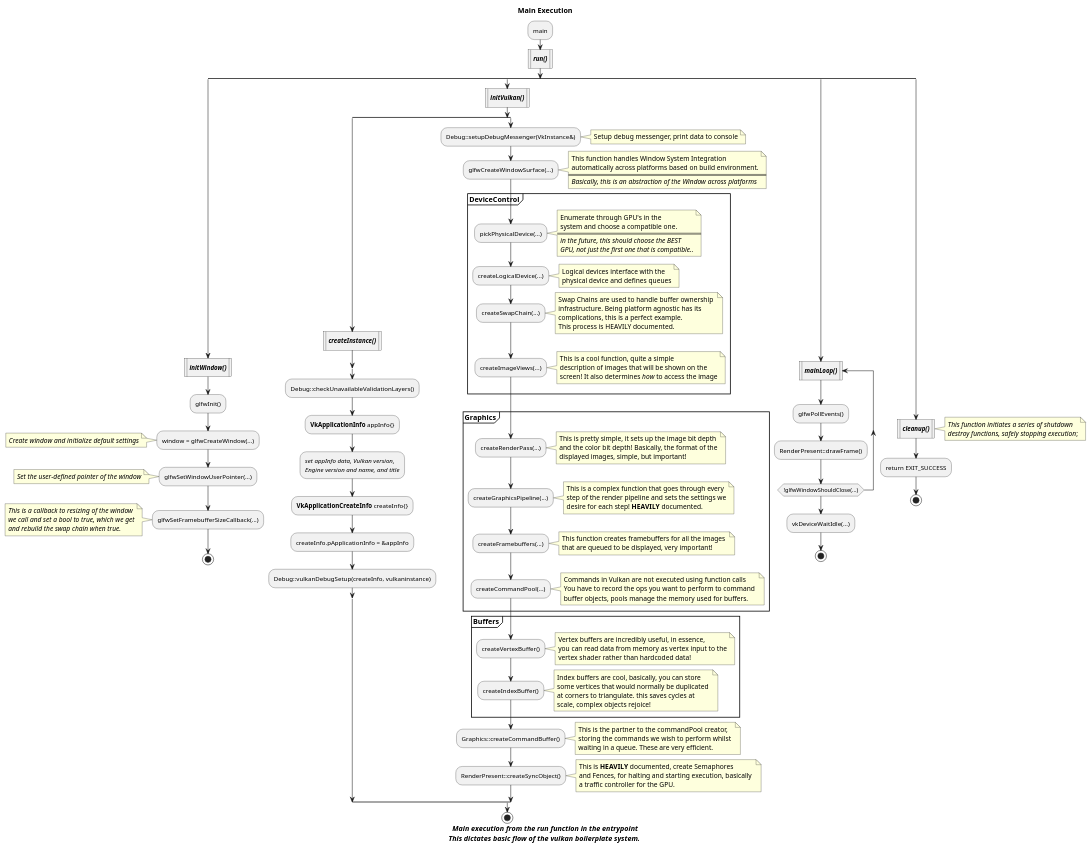
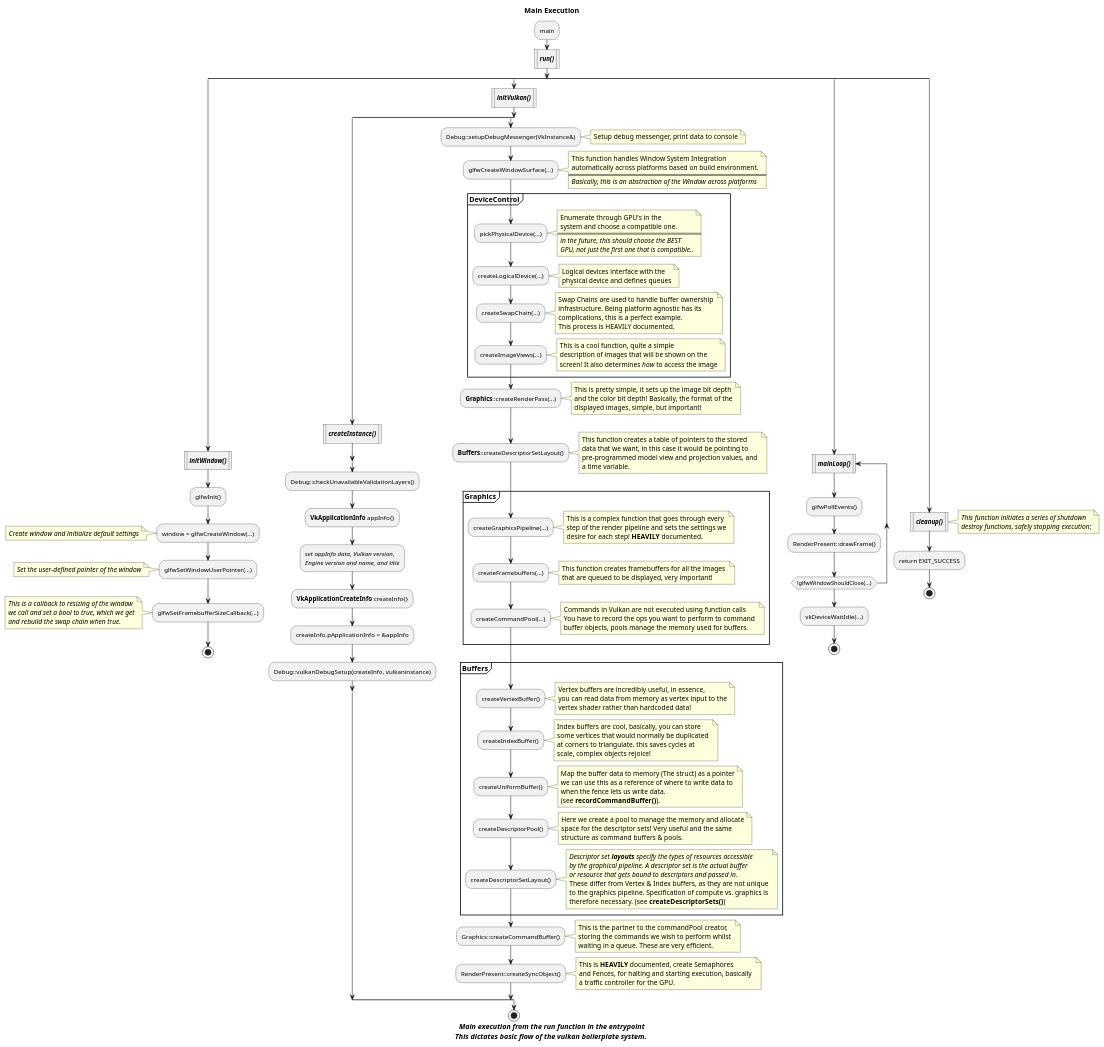
One commit to LillianSalehi/AgnosiaEngine changed the diagram in Flowgraph.puml. Above: the diagram before and after it, drawn with PlantUML. The commit also changed 7 other files, not shown here.

Commit message:
Update documentation and clean code for Uniform Buffers, added time variable to descriptor set, preparing for Texture mapping.

```diff
--- a/Flowgraph.puml
+++ b/Flowgraph.puml
@@ -1,151 +1,180 @@
 @startuml
 title Main Execution
 caption 
   //**Main execution from the run function in the entrypoint**//
   //**This dictates basic flow of the vulkan boilerplate system. **//
 endcaption
 
 :main;
 ://**run()**//; <<procedure>>
 split
 ://**initWindow()**//; <<procedure>>
 :glfwInit();
 :window = glfwCreateWindow(...);
 note left
   //Create window and initialize default settings//
 endnote
 :glfwSetWindowUserPointer(...);
 note left 
   //Set the user-defined pointer of the window//
 endnote
 :glfwSetFramebufferSizeCallback(...);
 note left 
   //This is a callback to resizing of the window//
   //we call and set a bool to true, which we get//
   //and rebuild the swap chain when true.//
 endnote
 stop
 split again
 ://**initVulkan()**//; <<procedure>>
 split
 ://**createInstance()**//; <<procedure>>
 split
 :Debug::checkUnavailableValidationLayers();
 :**VkApplicationInfo** appInfo{};
 ://set appInfo data, Vulkan version,// 
 //Engine version and name, and title//;
 :**VkApplicationCreateInfo** createInfo{};
 :createInfo.pApplicationInfo = &appInfo;
 :Debug::vulkanDebugSetup(createInfo, vulkaninstance);
 end split
 split again
 :Debug::setupDebugMessenger(VkInstance&);
 note right: Setup debug messenger, print data to console
 :glfwCreateWindowSurface(...);
 note right
   This function handles Window System Integration 
   automatically across platforms based on build environment.
   ====
   //Basically, this is an abstraction of the Window across platforms//
 end note
 partition "**DeviceControl**" {
   :pickPhysicalDevice(...);
   note right
     Enumerate through GPU's in the 
     system and choose a compatible one.
     ====
     //in the future, this should choose the BEST// 
     //GPU, not just the first one that is compatible..//
   end note
   :createLogicalDevice(...);
   note right
     Logical devices interface with the 
     physical device and defines queues
   end note
   :createSwapChain(...);
   note right
     Swap Chains are used to handle buffer ownership 
     infrastructure. Being platform agnostic has its 
     complications, this is a perfect example.
     This process is HEAVILY documented.
   end note
   :createImageViews(...);
   note right
     This is a cool function, quite a simple
     description of images that will be shown on the
     screen! It also determines //how// to access the image
   end note
 }
 
+:**Graphics**::createRenderPass(...);
+note right
+  This is pretty simple, it sets up the image bit depth 
+  and the color bit depth! Basically, the format of the
+  displayed images, simple, but important!
+end note
+:**Buffers**::createDescriptorSetLayout();
+note right 
+  This function creates a table of pointers to the stored
+  data that we want, in this case it would be pointing to 
+  pre-programmed model view and projection values, and 
+  a time variable.
+end note
 partition "**Graphics**" {
-  :createRenderPass(...);
-  note right
-    This is pretty simple, it sets up the image bit depth 
-    and the color bit depth! Basically, the format of the
-    displayed images, simple, but important!
-  end note
   :createGraphicsPipeline(...);
   note right
     This is a complex function that goes through every 
     step of the render pipeline and sets the settings we
     desire for each step! **HEAVILY** documented.
   end note
   :createFramebuffers(...);
   note right
     This function creates framebuffers for all the images 
     that are queued to be displayed, very important!
   end note
   :createCommandPool(...);
   note right
     Commands in Vulkan are not executed using function calls 
     You have to record the ops you want to perform to command 
     buffer objects, pools manage the memory used for buffers.
   end note
 }
 partition "**Buffers**" {
   :createVertexBuffer();
   note right 
     Vertex buffers are incredibly useful, in essence,
     you can read data from memory as vertex input to the
     vertex shader rather than hardcoded data!
   end note
   :createIndexBuffer();
   note right
     Index buffers are cool, basically, you can store
     some vertices that would normally be duplicated 
     at corners to triangulate. this saves cycles at 
     scale, complex objects rejoice!
+  end note
+  :createUniformBuffer();
+  note right
+    Map the buffer data to memory (The struct) as a pointer
+    we can use this as a reference of where to write data to 
+    when the fence lets us write data.
+    (see **recordCommandBuffer()**).
+  end note
+  :createDescriptorPool();
+  note right
+    Here we create a pool to manage the memory and allocate
+    space for the descriptor sets! Very useful and the same 
+    structure as command buffers & pools.
+  end note
+  :createDescriptorSetLayout();
+  note right
+    //Descriptor set **layouts** specify the types of resources accessible//
+    //by the graphical pipeline. A descriptor set is the actual buffer//
+    //or resource that gets bound to descriptors and passed in.//
+    These differ from Vertex & Index buffers, as they are not unique
+    to the graphics pipeline. Specification of compute vs. graphics is 
+    therefore necessary. (see **createDescriptorSets()**)
   end note
 }
 :Graphics::createCommandBuffer();
 note right 
   This is the partner to the commandPool creator, 
   storing the commands we wish to perform whilst 
   waiting in a queue. These are very efficient.
 end note
 :RenderPresent::createSyncObject();
 note right
   This is **HEAVILY** documented, create Semaphores
   and Fences, for halting and starting execution, basically 
   a traffic controller for the GPU.
 end note
 end split
 stop
 split again
 repeat ://**mainLoop()**//; <<procedure>>
   :glfwPollEvents();
   :RenderPresent::drawFrame();
 repeat while (!glfwWindowShouldClose(...))
   :vkDeviceWaitIdle(...);
 stop
 split again
 ://**cleanup()**//; <<procedure>>
 note right
   //This function initiates a series of shutdown//
   //destroy functions, safely stopping execution//;
 endnote
 :return EXIT_SUCCESS;
 stop
 end split
 
 @enduml
```
